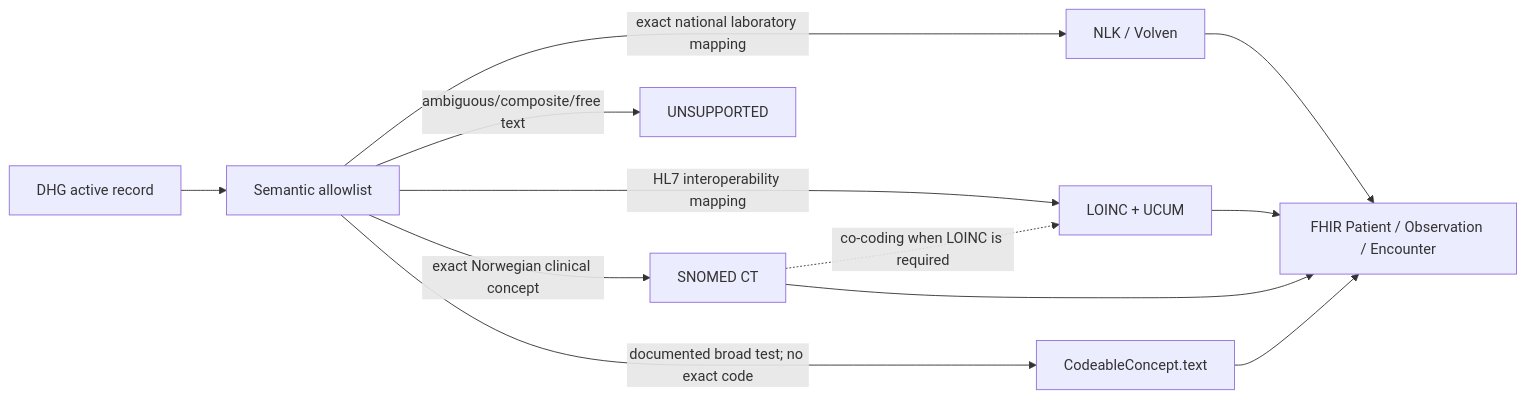
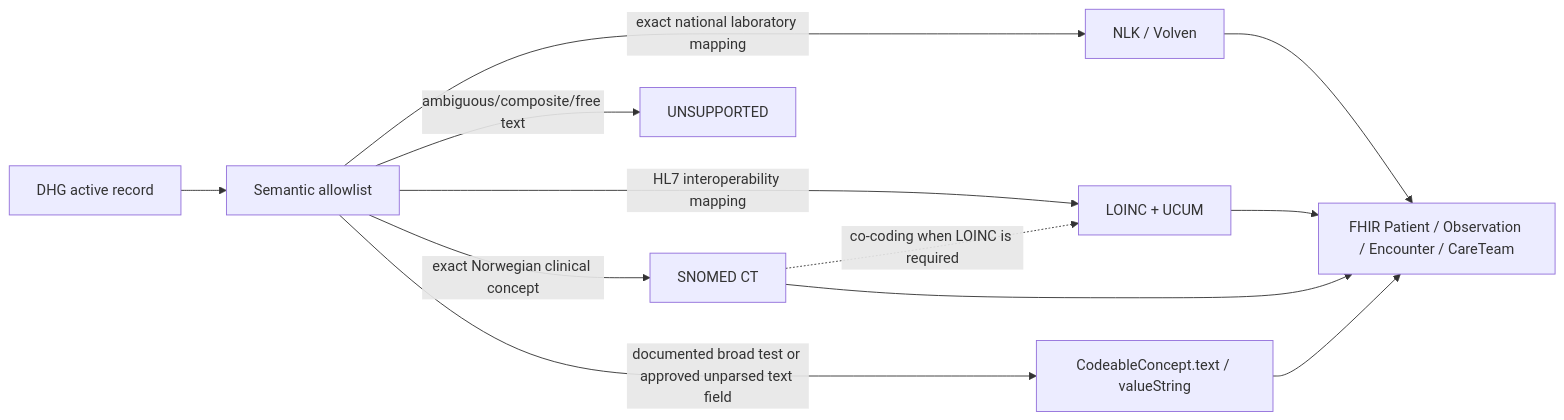
One commit to helgaarm/FhirGravidAPI changed the second of 3 diagrams in docs/dhg-fhir-resource-mapping.md. Above: the diagram before and after it, drawn with Mermaid. The commit also changed other lines of this file and 28 other files, not shown here.

````diff
--- a/docs/dhg-fhir-resource-mapping.md
+++ b/docs/dhg-fhir-resource-mapping.md
@@ -62,14 +63,14 @@
 ```mermaid
 flowchart LR
     DHG["DHG active record"] --> Semantic["Semantic allowlist"]
     Semantic -->|"exact national laboratory mapping"| National["NLK / Volven"]
     Semantic -->|"HL7 interoperability mapping"| LOINC["LOINC + UCUM"]
     Semantic -->|"exact Norwegian clinical concept"| SNOMED["SNOMED CT"]
-    Semantic -->|"documented broad test; no exact code"| Text["CodeableConcept.text"]
+    Semantic -->|"documented broad test or approved unparsed text field"| Text["CodeableConcept.text / valueString"]
     Semantic -->|"ambiguous/composite/free text"| Unsupported["UNSUPPORTED"]
-    National --> FHIR["FHIR Patient / Observation / Encounter"]
+    National --> FHIR["FHIR Patient / Observation / Encounter / CareTeam"]
     LOINC --> FHIR
     SNOMED --> FHIR
     Text --> FHIR
     SNOMED -.->|"co-coding when LOINC is required"| LOINC
 ```
````
